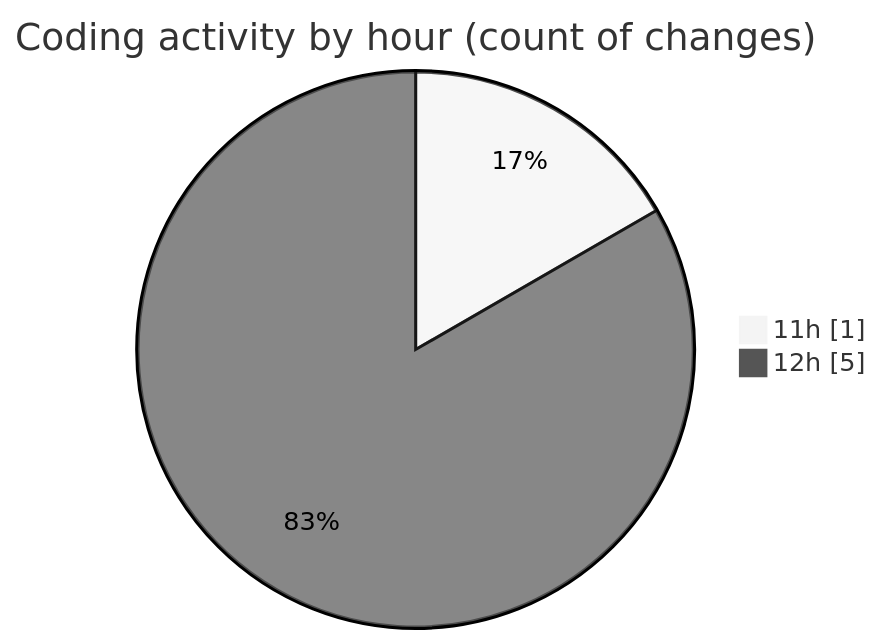
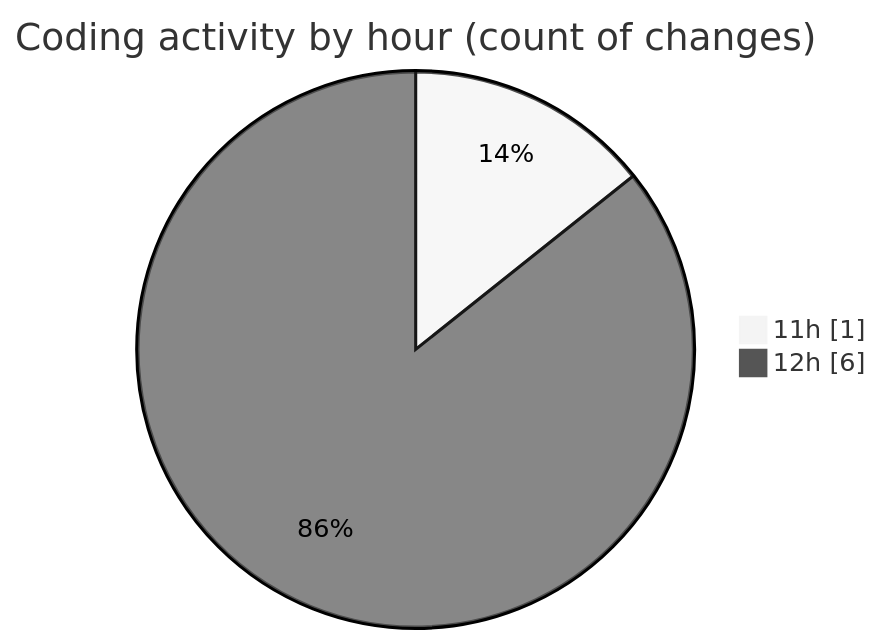
Before and after one commit to nxtqubesakshisongat/code-tracking: the second of 2 diagrams in 2025-11-04/nxtqube_webapp/README.md, drawn with Mermaid (neutral theme). The commit also changed other lines of this file and 1 other file, not shown here.

````diff
--- a/2025-11-04/nxtqube_webapp/README.md
+++ b/2025-11-04/nxtqube_webapp/README.md
@@ -29,6 +30,6 @@
 ```mermaid
 pie showData
 title Coding activity by hour (count of changes)
 "11h" : 1
-"12h" : 5
+"12h" : 6
 ```
````
